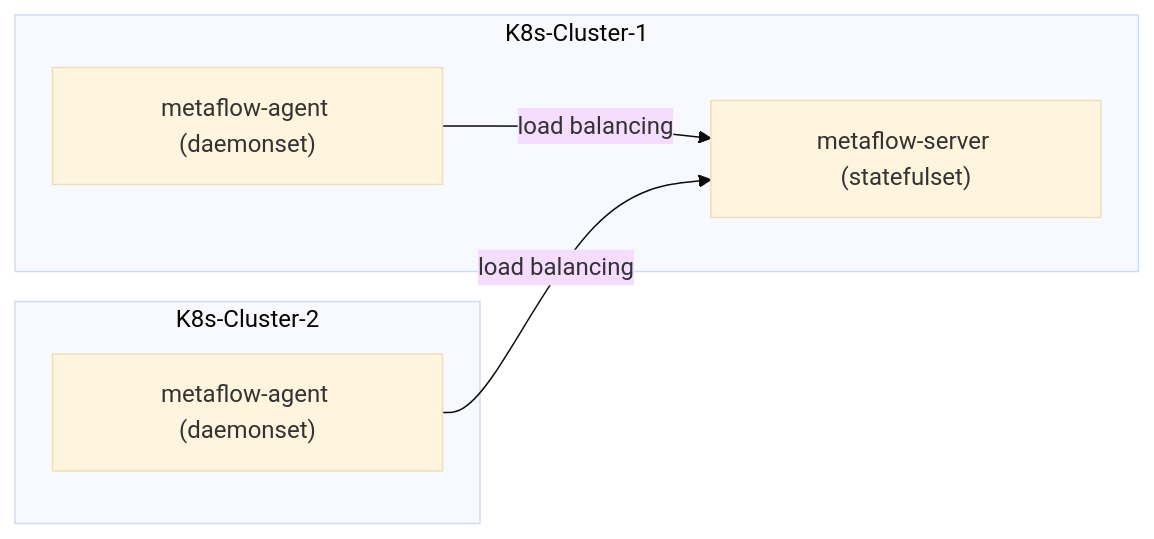
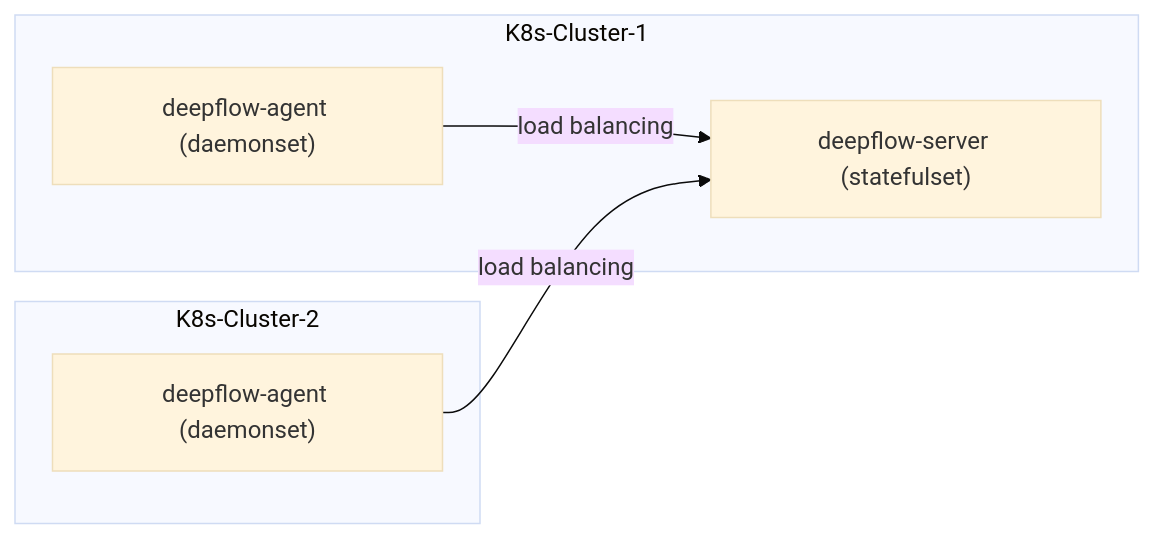
One commit to deepflowio/docs changed the diagram in zh/02-install/04-multi-k8s.md. Above: the diagram before and after it, drawn with Mermaid (base theme). The commit also changed other lines of this file and 23 other files, not shown here.

Commit message:
rename metaflow to deepflow

````diff
--- a/zh/02-install/04-multi-k8s.md
+++ b/zh/02-install/04-multi-k8s.md
@@ -13,14 +13,14 @@
 ```mermaid
 flowchart LR
 
 subgraph K8s-Cluster-1
-  DeepFlowServer["metaflow-server (statefulset)"]
-  DeepFlowAgent1["metaflow-agent (daemonset)"]
+  DeepFlowServer["deepflow-server (statefulset)"]
+  DeepFlowAgent1["deepflow-agent (daemonset)"]
   DeepFlowAgent1 -->|load balancing| DeepFlowServer
 end
 
 subgraph K8s-Cluster-2
-  DeepFlowAgent2["metaflow-agent (daemonset)"]
+  DeepFlowAgent2["deepflow-agent (daemonset)"]
   DeepFlowAgent2 -->|load balancing| DeepFlowServer
 end
 ```
````
